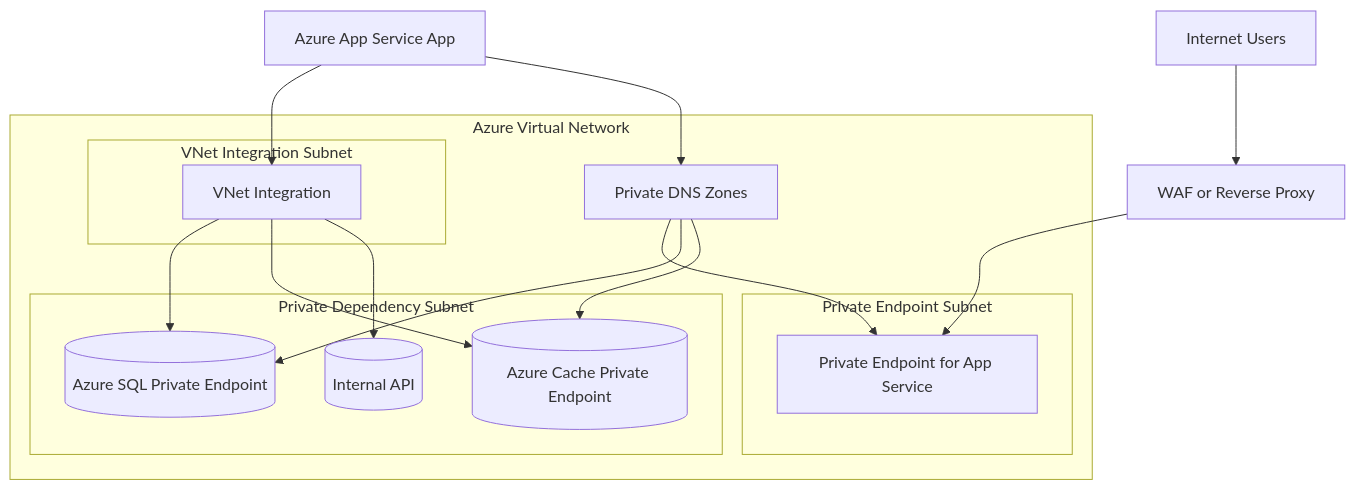
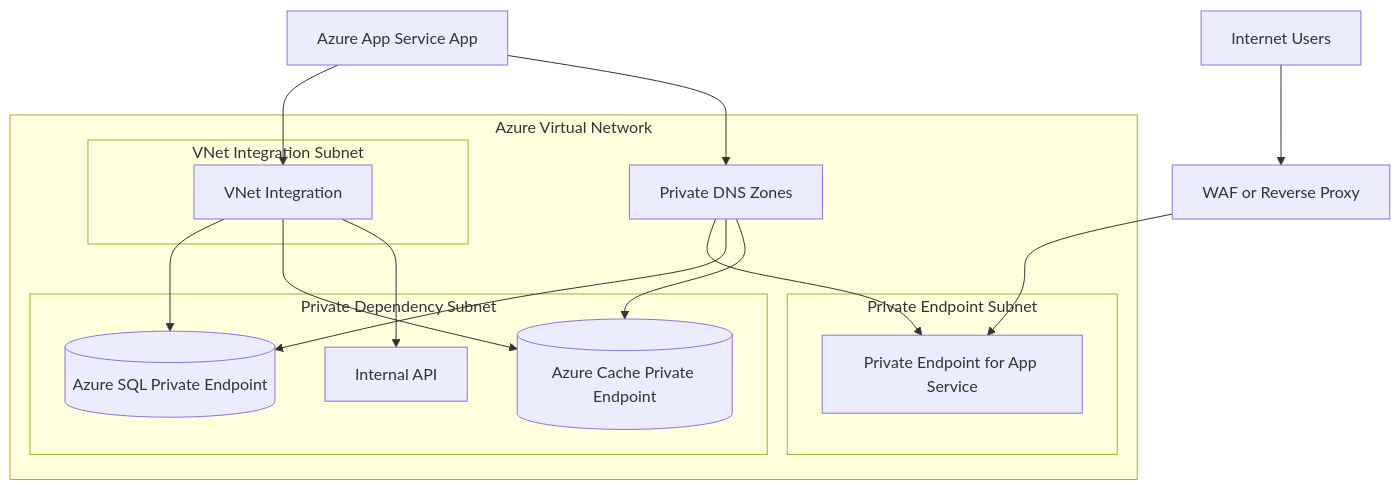
Before and after one commit to yeongseon/azure-app-service-practical-guide: the first of 2 diagrams in docs/best-practices/networking.md, drawn with Mermaid.

Commit message:
fix: correct Internal API diagram shape from cylinder to rectangle
Internal API is a service, not a data store.

````diff
--- a/docs/best-practices/networking.md
+++ b/docs/best-practices/networking.md
@@ -44,29 +44,29 @@
 ```mermaid
 graph TD
     Internet[Internet Users] --> WAF[WAF or Reverse Proxy]
     WAF --> PE[Private Endpoint for App Service]
 
     subgraph VNet[Azure Virtual Network]
         subgraph PE_SUBNET[Private Endpoint Subnet]
             PE
         end
         subgraph APP_SUBNET[VNet Integration Subnet]
             VNETINT[VNet Integration]
         end
         subgraph DEP_SUBNET[Private Dependency Subnet]
             SQL[(Azure SQL Private Endpoint)]
             REDIS[(Azure Cache Private Endpoint)]
-            API[(Internal API)]
+            API[Internal API]
         end
         DNS[Private DNS Zones]
     end
 
     App[Azure App Service App] --> VNETINT
     VNETINT --> SQL
     VNETINT --> REDIS
     VNETINT --> API
     App --> DNS
     DNS --> PE
     DNS --> SQL
     DNS --> REDIS
 ```
````
